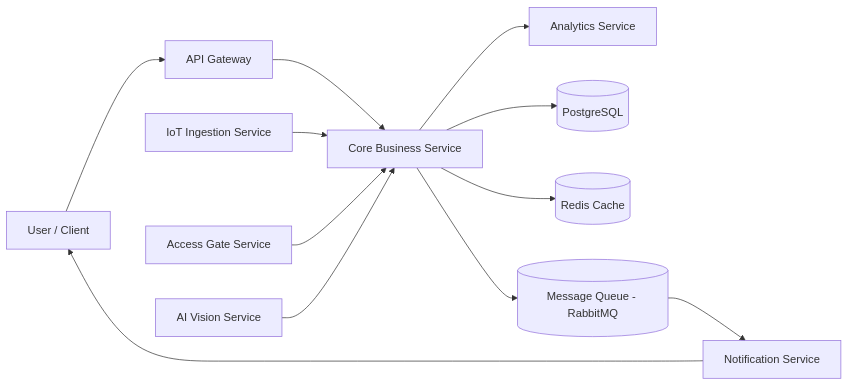
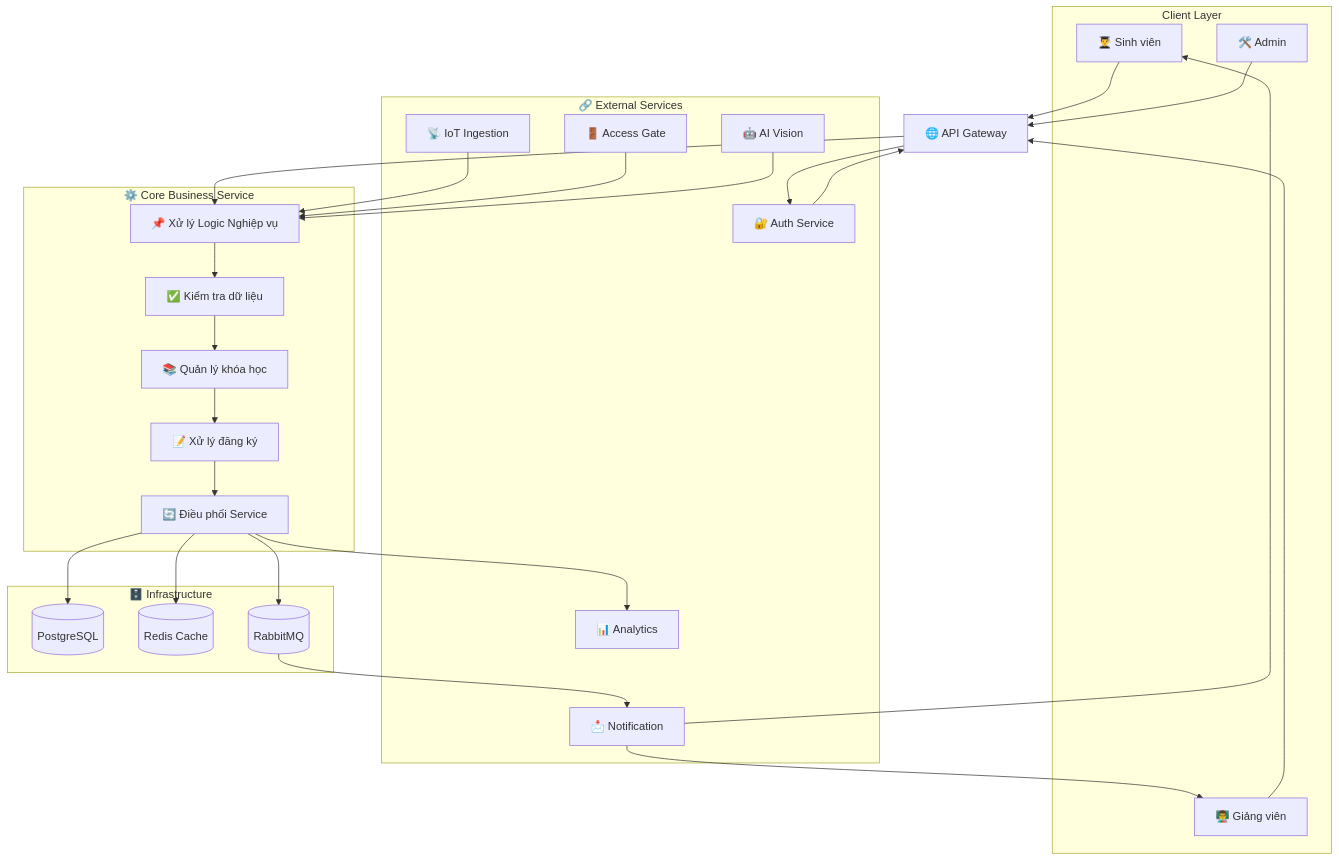
One commit to chinhliki/smart-campus-ecosystem-chinhliki changed the diagram in evidence/buoi-01/service-boundary.md. Above: the diagram before and after it, drawn with Mermaid. The commit also changed other lines of this file, not shown here.

````diff
--- a/evidence/buoi-01/service-boundary.md
+++ b/evidence/buoi-01/service-boundary.md
@@ -165,46 +195,78 @@
 ```mermaid
-flowchart LR
-    %% Actor
-    User[User / Client]
+flowchart TB
 
-    %% Gateway
-    Gateway[API Gateway]
+    %% =========================
+    %% CLIENT LAYER
+    %% =========================
+    subgraph CLIENT["Client Layer"]
+        U1[👨‍🎓 Sinh viên]
+        U2[👨‍🏫 Giảng viên]
+        U3[🛠️ Admin]
+    end
 
-    %% Core
-    Core[Core Business Service]
+    %% =========================
+    %% API GATEWAY
+    %% =========================
+    GW[🌐 API Gateway]
 
-    %% External Services (from section 7)
-    IoT[IoT Ingestion Service]
-    Access[Access Gate Service]
-    AI[AI Vision Service]
-    Noti[Notification Service]
-    Analytics[Analytics Service]
+    %% =========================
+    %% CORE BUSINESS
+    %% =========================
+    subgraph CORE["⚙️ Core Business Service"]
+        C1[📌 Xử lý Logic Nghiệp vụ]
+        C2[✅ Kiểm tra dữ liệu]
+        C3[📚 Quản lý khóa học]
+        C4[📝 Xử lý đăng ký]
+        C5[🔄 Điều phối Service]
+    end
 
-    %% Infra
-    DB[(PostgreSQL)]
-    Redis[(Redis Cache)]
-    MQ[(Message Queue - RabbitMQ)]
+    %% =========================
+    %% EXTERNAL SERVICES
+    %% =========================
+    subgraph EXT["🔗 External Services"]
+        AUTH[🔐 Auth Service]
+        IOT[📡 IoT Ingestion]
+        ACCESS[🚪 Access Gate]
+        AI[🤖 AI Vision]
+        NOTI[📩 Notification]
+        ANALYTICS[📊 Analytics]
+    end
 
-    %% Main flow
-    User --> Gateway
-    Gateway --> Core
+    %% =========================
+    %% INFRASTRUCTURE
+    %% =========================
+    subgraph INFRA["🗄️ Infrastructure"]
+        DB[(PostgreSQL)]
+        REDIS[(Redis Cache)]
+        MQ[(RabbitMQ)]
+    end
 
-    %% Input data from systems
-    IoT --> Core
-    Access --> Core
-    AI --> Core
+    %% FLOW
+    U1 --> GW
+    U2 --> GW
+    U3 --> GW
 
-    %% Core processing
-    Core --> DB
-    Core --> Redis
+    GW --> AUTH
+    AUTH --> GW
 
-    %% Async event
-    Core --> MQ
-    MQ --> Noti
+    GW --> C1
 
-    %% Data for analytics
-    Core --> Analytics
+    IOT --> C1
+    ACCESS --> C1
+    AI --> C1
 
-    %% Response
-    Noti --> User
+    C1 --> C2
+    C2 --> C3
+    C3 --> C4
+    C4 --> C5
+
+    C5 --> DB
+    C5 --> REDIS
+    C5 --> MQ
+
+    MQ --> NOTI
+    C5 --> ANALYTICS
+
+    NOTI --> U1
+    NOTI --> U2
 ```
````
